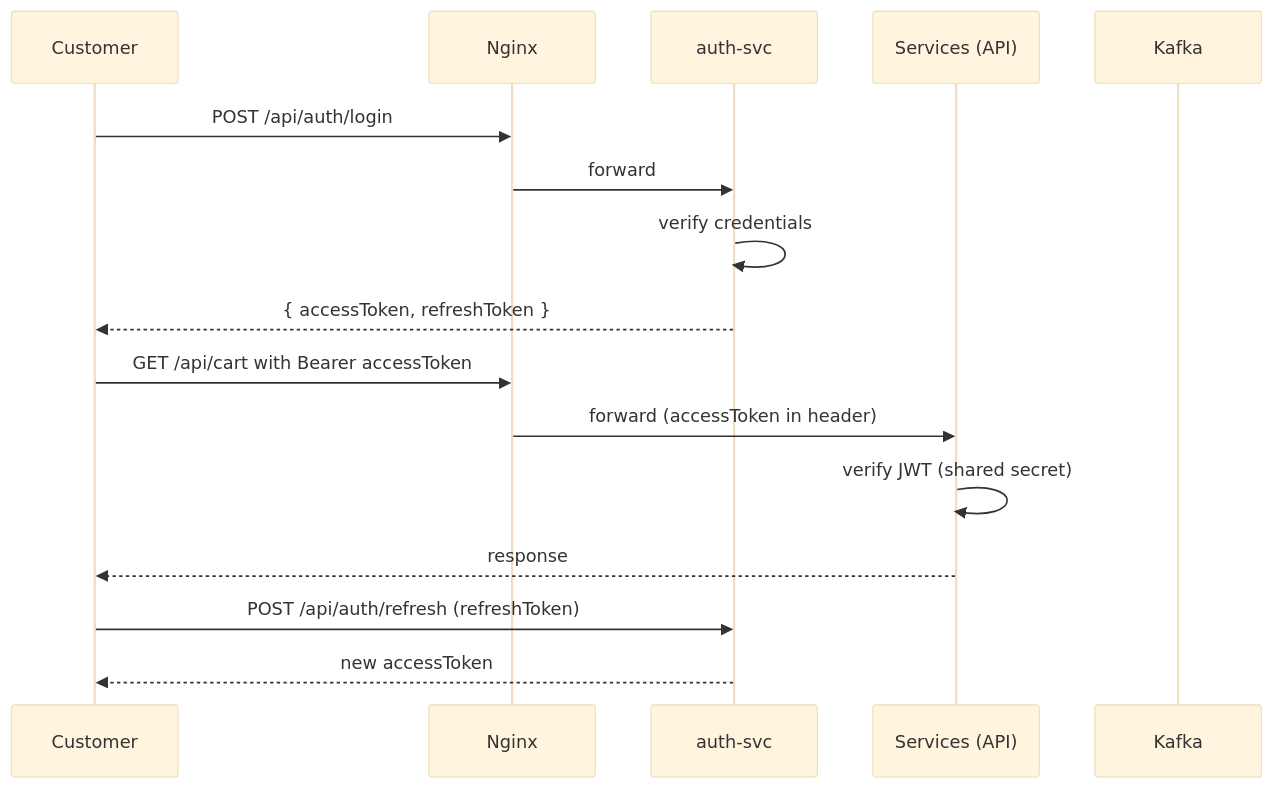
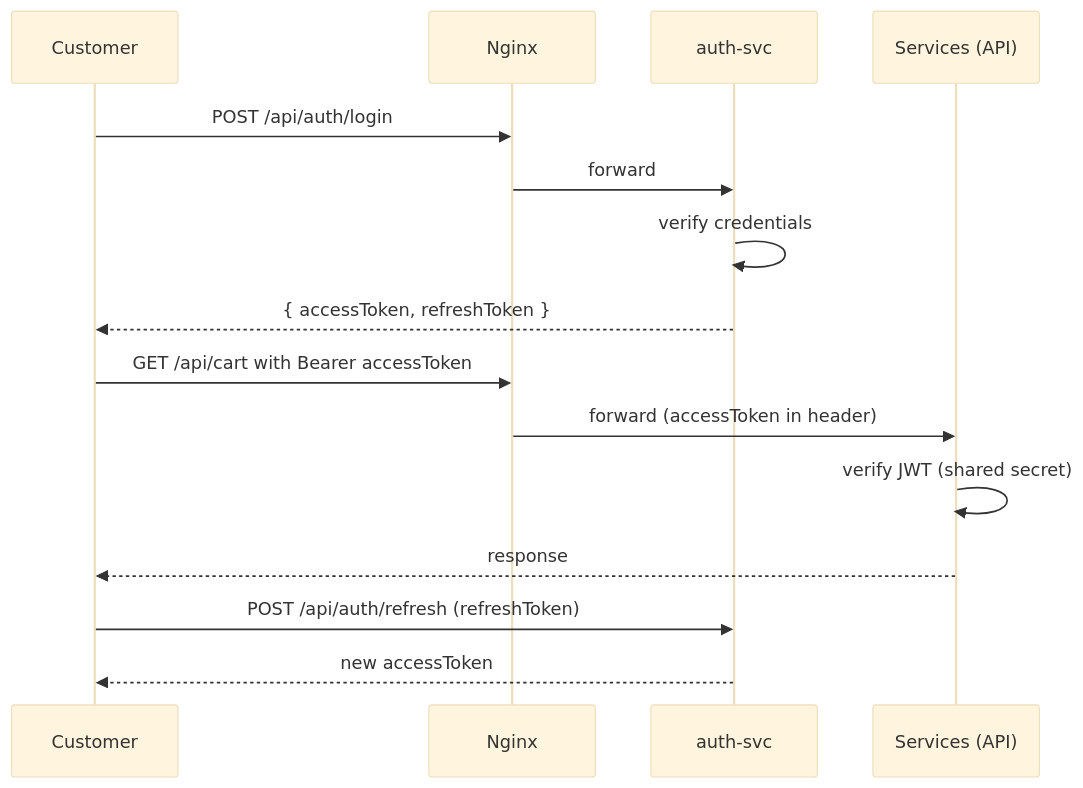
One commit to E-Commerce-BDA/Documentation changed the fourth of 9 diagrams in 1.Architecture.md. Above: the diagram before and after it, drawn with Mermaid (base theme). The commit also changed other lines of this file and 12 other files, not shown here.

````diff
--- a/1.Architecture.md
+++ b/1.Architecture.md
@@ -528,19 +533,18 @@
 ```mermaid
 sequenceDiagram
     participant U as Customer
     participant N as Nginx
     participant A as auth-svc
     participant S as Services (API)
-    participant K as Kafka
 
     U->>N: POST /api/auth/login
     N->>A: forward
     A->>A: verify credentials
     A-->>U: { accessToken, refreshToken }
     U->>N: GET /api/cart with Bearer accessToken
     N->>S: forward (accessToken in header)
     S->>S: verify JWT (shared secret)
     S-->>U: response
     U->>A: POST /api/auth/refresh (refreshToken)
     A-->>U: new accessToken
 ```
````
